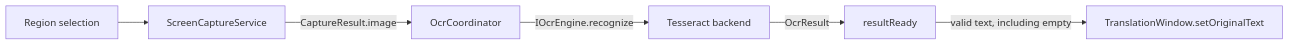
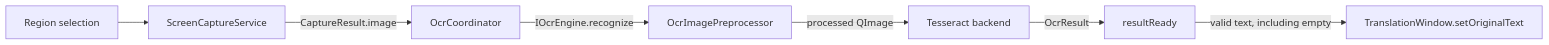
The fifth of 5 diagrams in docs/architecture.md (dada561431/Translator), drawn with Mermaid before and after one commit. The commit also changed other lines of this file and 13 other files, not shown here.

````diff
--- a/docs/architecture.md
+++ b/docs/architecture.md
@@ -213,8 +213,9 @@
 ```mermaid
 flowchart LR
     Region[Region selection] --> Capture[ScreenCaptureService]
     Capture -->|CaptureResult.image| Coordinator[OcrCoordinator]
-    Coordinator -->|IOcrEngine.recognize| Tesseract[Tesseract backend]
+    Coordinator -->|IOcrEngine.recognize| Preprocessor[OcrImagePreprocessor]
+    Preprocessor -->|processed QImage| Tesseract[Tesseract backend]
     Tesseract -->|OcrResult| Signal[resultReady]
     Signal -->|valid text, including empty| Original[TranslationWindow.setOriginalText]
 ```
````
